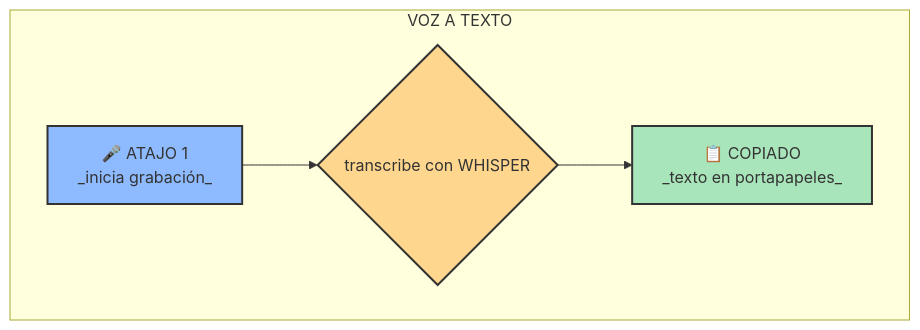
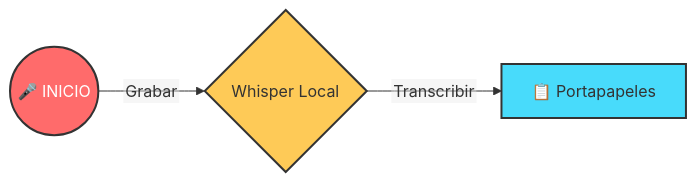
Before and after one commit to zarvent/v2m-lab: the first of 2 diagrams in docs/guia_rapida.md, drawn with Mermaid. The commit also changed other lines of this file and 14 other files, not shown here.

````diff
--- a/docs/guia_rapida.md
+++ b/docs/guia_rapida.md
@@ -14,12 +18,10 @@
 ```mermaid
 %%{init: {"flowchart": {"htmlLabels": false}} }%%
-flowchart TD
-    subgraph VOZ A TEXTO
-        A["🎤 ATAJO 1<br/>_inicia grabación_"] --> B{"transcribe con WHISPER"}
-        B --> C["📋 COPIADO<br/>_texto en portapapeles_"]
-    end
+flowchart LR
+    A((🎤 INICIO)) -->|Grabar| B{Whisper Local}
+    B -->|Transcribir| C[📋 Portapapeles]
 
-    style A fill:#8EBBFF,stroke:#333,stroke-width:2px
-    style B fill:#FFD68E,stroke:#333,stroke-width:2px
-    style C fill:#A9E5BB,stroke:#333,stroke-width:2px
+    style A fill:#ff6b6b,stroke:#333,stroke-width:2px,color:white
+    style B fill:#feca57,stroke:#333,stroke-width:2px
+    style C fill:#48dbfb,stroke:#333,stroke-width:2px
 ```
````
